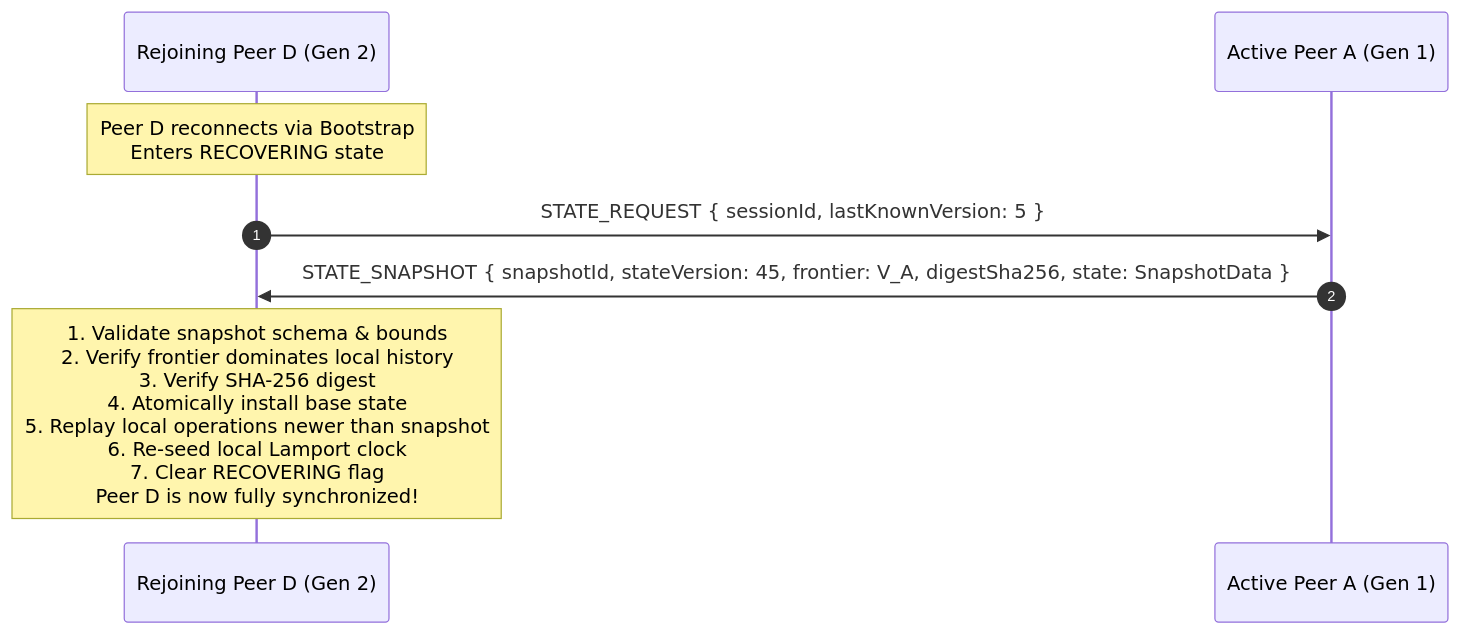
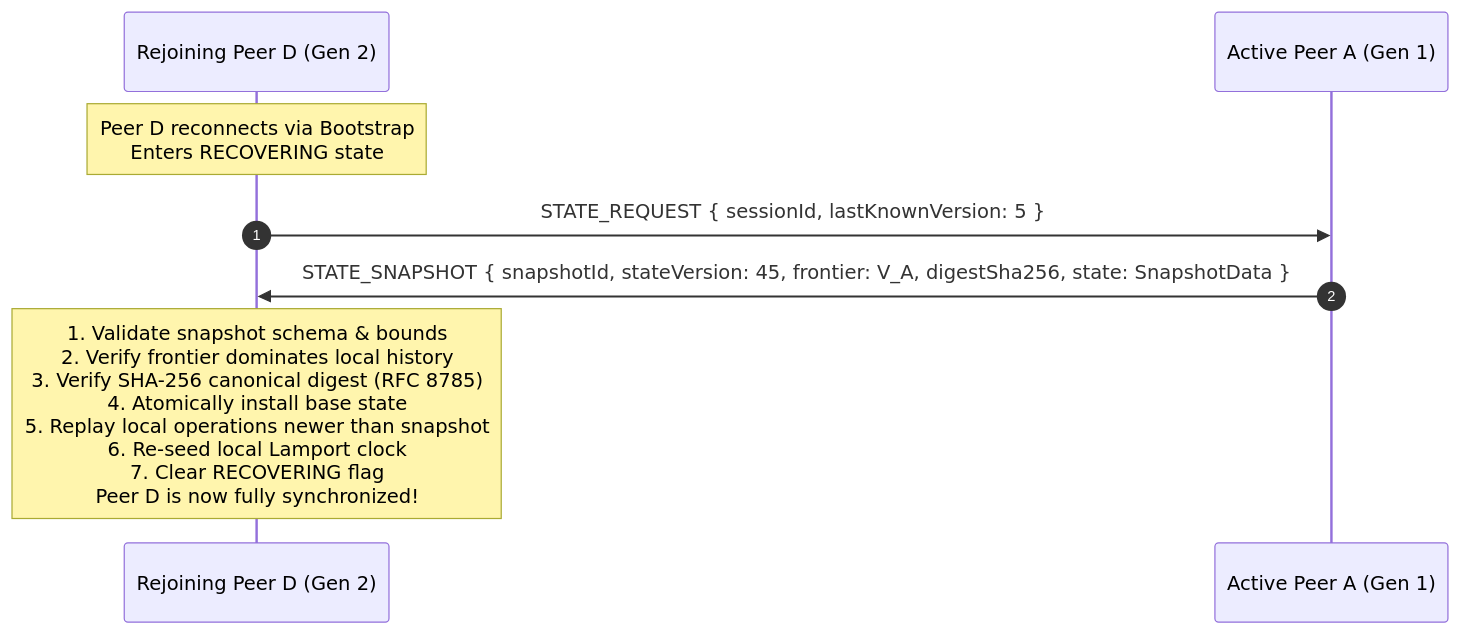
One commit to Tejdeepakchandra/SyncPlay_Protocol changed the fifth of 5 diagrams in docs/PHASE7_2_LLD.md. Above: the diagram before and after it, drawn with Mermaid. The commit also changed other lines of this file and 9 other files, not shown here.

````diff
--- a/docs/PHASE7_2_LLD.md
+++ b/docs/PHASE7_2_LLD.md
@@ -347,11 +419,11 @@
 ```mermaid
 sequenceDiagram
     autonumber
     participant PeerD as Rejoining Peer D (Gen 2)
     participant PeerA as Active Peer A (Gen 1)
 
     Note over PeerD: Peer D reconnects via Bootstrap<br/>Enters RECOVERING state
     PeerD->>PeerA: STATE_REQUEST { sessionId, lastKnownVersion: 5 }
     PeerA->>PeerD: STATE_SNAPSHOT { snapshotId, stateVersion: 45, frontier: V_A, digestSha256, state: SnapshotData }
-    Note over PeerD: 1. Validate snapshot schema & bounds<br/>2. Verify frontier dominates local history<br/>3. Verify SHA-256 digest<br/>4. Atomically install base state<br/>5. Replay local operations newer than snapshot<br/>6. Re-seed local Lamport clock<br/>7. Clear RECOVERING flag<br/>Peer D is now fully synchronized!
+    Note over PeerD: 1. Validate snapshot schema & bounds<br/>2. Verify frontier dominates local history<br/>3. Verify SHA-256 canonical digest (RFC 8785)<br/>4. Atomically install base state<br/>5. Replay local operations newer than snapshot<br/>6. Re-seed local Lamport clock<br/>7. Clear RECOVERING flag<br/>Peer D is now fully synchronized!
 ```
````
